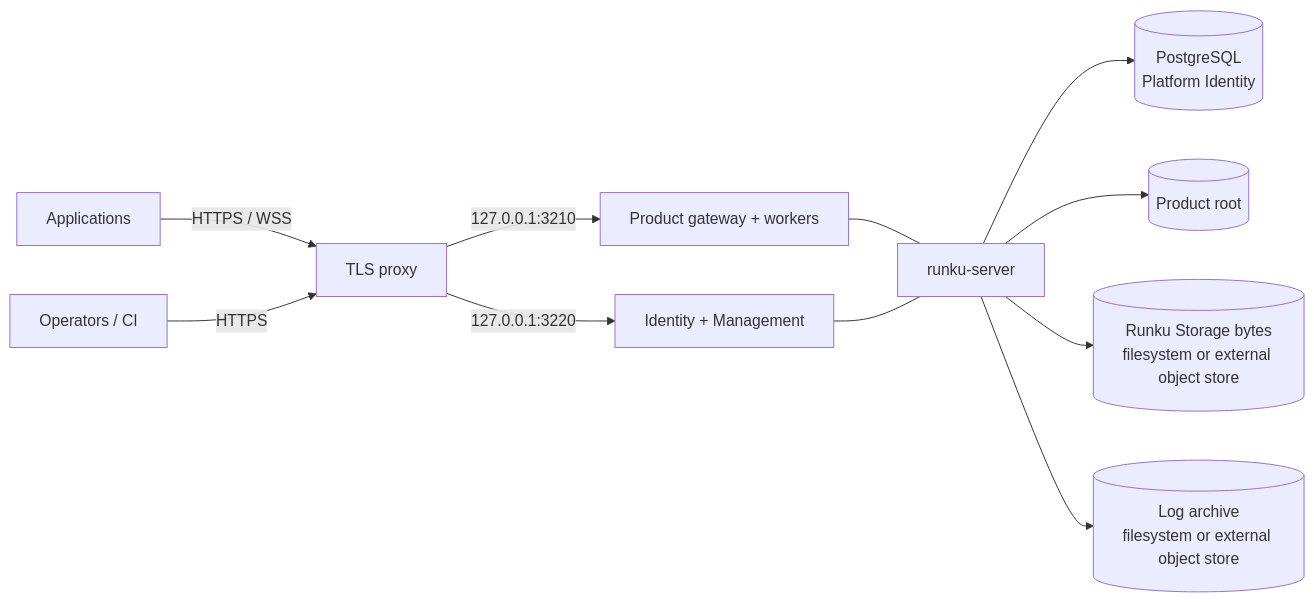
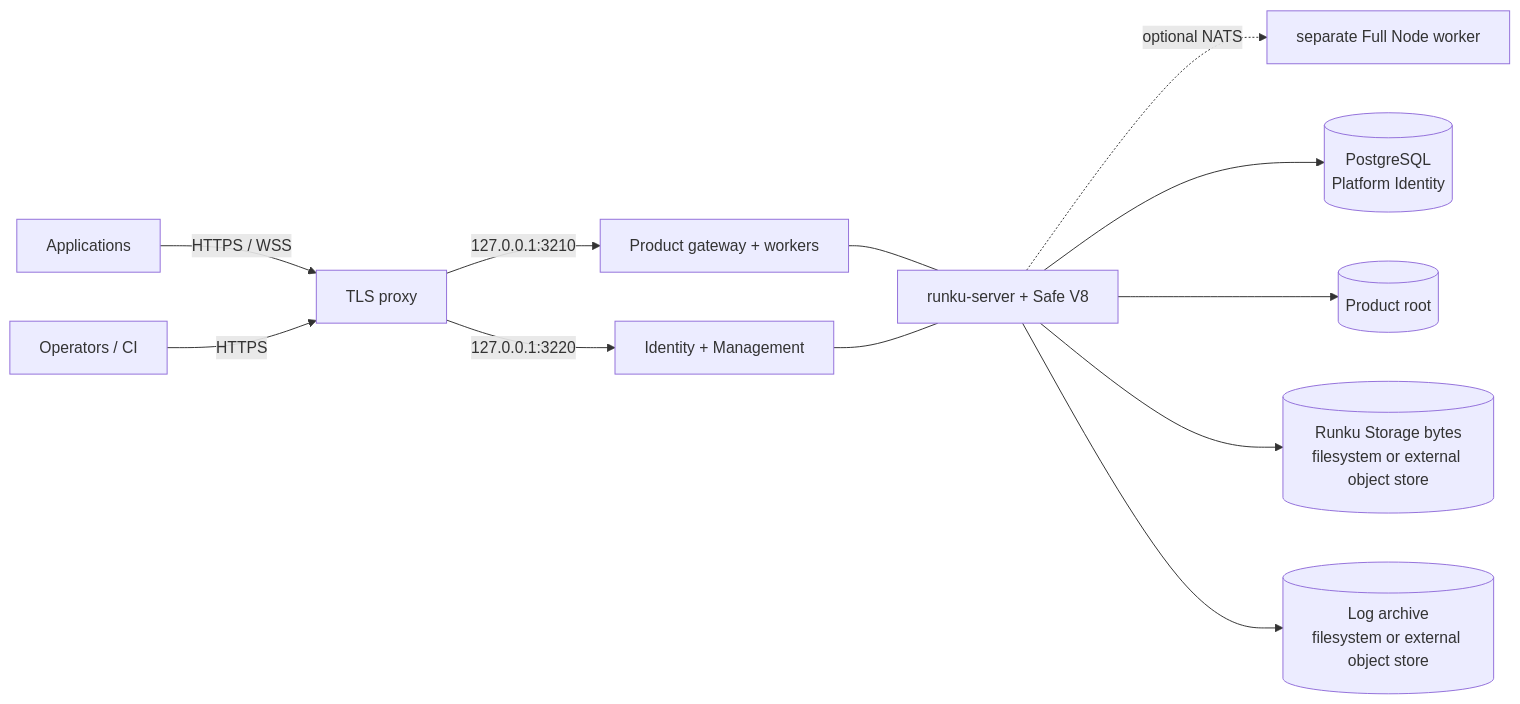
One commit to aldemi-tech/runku changed the diagram in docs/self-hosting/deployment-guide.md. Above: the diagram before and after it, drawn with Mermaid. The commit also changed other lines of this file and 33 other files, not shown here.

Commit message:
feat(server): add separate full node worker profile

````diff
--- a/docs/self-hosting/deployment-guide.md
+++ b/docs/self-hosting/deployment-guide.md
@@ -30,13 +30,14 @@
 ```mermaid
 flowchart LR
   App[Applications] -->|HTTPS / WSS| Proxy[TLS proxy]
   Operator[Operators / CI] -->|HTTPS| Proxy
   Proxy -->|127.0.0.1:3210| Product[Product gateway + workers]
   Proxy -->|127.0.0.1:3220| Management[Identity + Management]
-  Product --- Server[runku-server]
+  Product --- Server[runku-server + Safe V8]
   Management --- Server
+  Server -. optional NATS .-> Node[separate Full Node worker]
   Server --> Pg[(PostgreSQL\nPlatform Identity)]
   Server --> Root[(Product root)]
   Server --> Files[(Runku Storage bytes\nfilesystem or external object store)]
   Server --> Logs[(Log archive\nfilesystem or external object store)]
 ```
````
